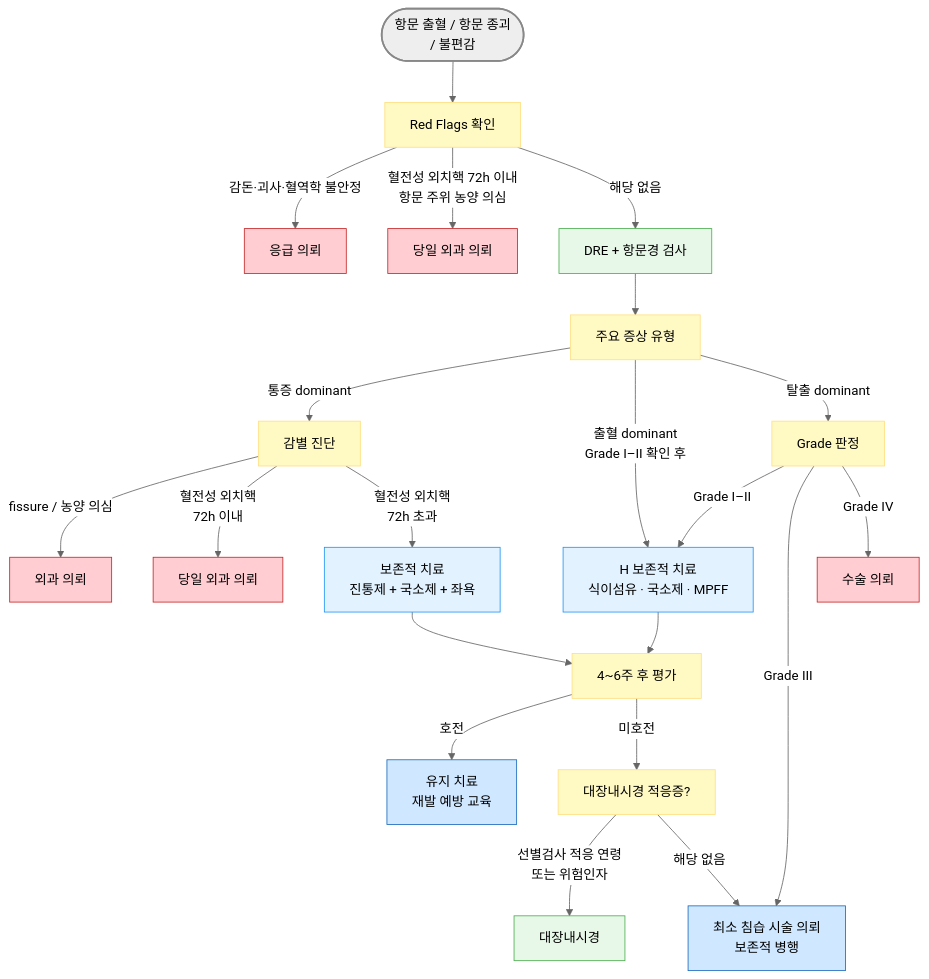
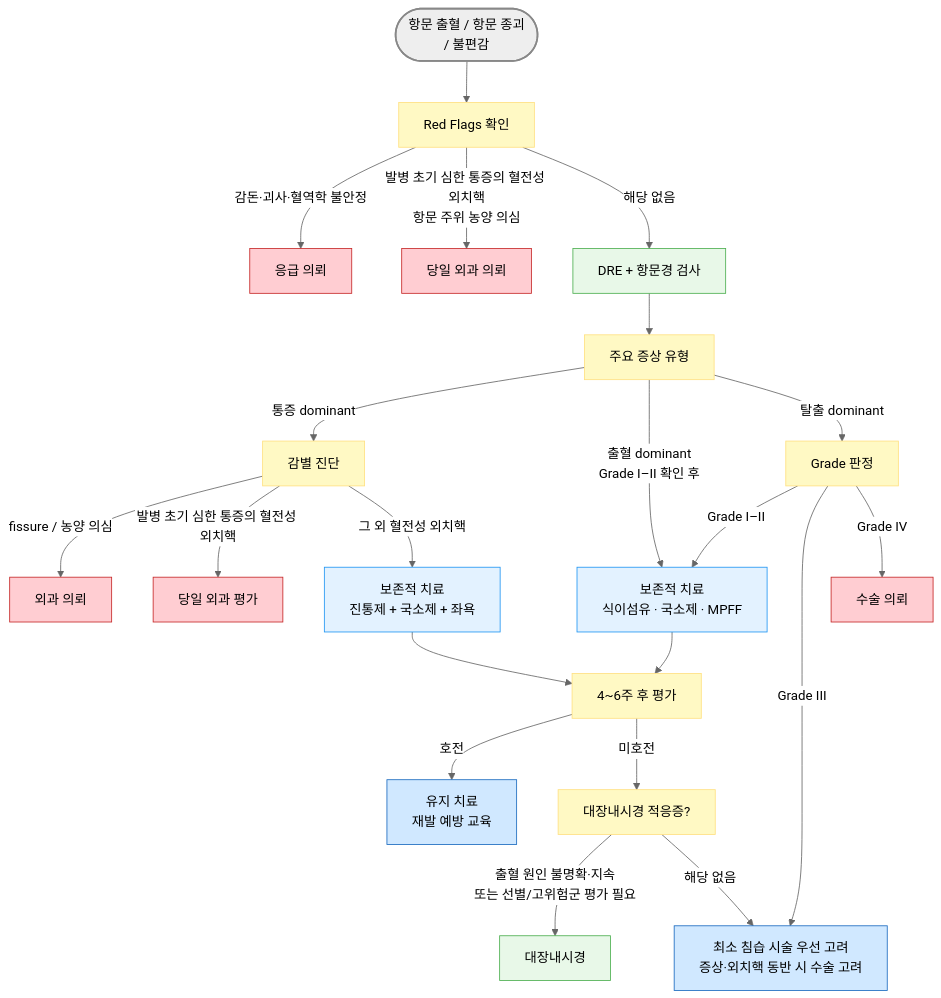
One commit to familyoh77/familyoh77 changed the diagram in 224_/089_-hemorrhoid.md. Above: the diagram before and after it, drawn with Mermaid (neutral theme). The commit also changed other lines of this file and 4 other files, not shown here.

````diff
--- a/224_/089_-hemorrhoid.md
+++ b/224_/089_-hemorrhoid.md
@@ -79,34 +79,34 @@
 ```mermaid
 graph TD
     A([항문 출혈 / 항문 종괴 <br/>/ 불편감]) --> B[Red Flags 확인]
     B -->|감돈·괴사·혈역학 불안정| C[응급 의뢰]
-    B -->|혈전성 외치핵 72h 이내<br/>항문 주위 농양 의심| X[당일 외과 의뢰]
+    B -->|발병 초기 심한 통증의 혈전성 외치핵<br/>항문 주위 농양 의심| X[당일 외과 의뢰]
     B -->|해당 없음| E[DRE + 항문경 검사]
     E --> P[주요 증상 유형]
     P -->|통증 dominant| Q[감별 진단]
     P -->|출혈 dominant<br/>Grade I–II 확인 후| H
     P -->|탈출 dominant| F[Grade 판정]
     Q -->|fissure / 농양 의심| S[외과 의뢰]
-    Q -->|혈전성 외치핵 <br/>72h 이내| D[당일 외과 의뢰]
-    Q -->|혈전성 외치핵<br/>72h 초과| G[보존적 치료<br/>진통제 + 국소제 + 좌욕]
+    Q -->|발병 초기 심한 통증의 혈전성 외치핵| D[당일 외과 평가]
+    Q -->|그 외 혈전성 외치핵| G[보존적 치료<br/>진통제 + 국소제 + 좌욕]
     G --> K[4~6주 후 평가]
-    F -->|Grade I–II| H[H 보존적 치료<br/>식이섬유 · 국소제 · MPFF]
-    F -->|Grade III| I[최소 침습 시술 의뢰<br/>보존적 병행]
+    F -->|Grade I–II| H[보존적 치료<br/>식이섬유 · 국소제 · MPFF]
+    F -->|Grade III| I[최소 침습 시술 우선 고려<br/>증상·외치핵 동반 시 수술 고려]
     F -->|Grade IV| J[수술 의뢰]
     H --> K
     K -->|호전| L[유지 치료<br/>재발 예방 교육]
     K -->|미호전| M[대장내시경 적응증?]
-    M -->|선별검사 적응 연령<br/>또는 위험인자| N[대장내시경]
+    M -->|출혈 원인 불명확·지속<br/>또는 선별/고위험군 평가 필요| N[대장내시경]
     M -->|해당 없음| I
 style A fill:#eeeeee,stroke:#888888,stroke-width:2px
 classDef yellow fill:#fff9c4,stroke:#ffe082
 class B,P,Q,F,K,M yellow
 classDef L_red fill:#ffcdd2,stroke:#c62828
 class C,D,S,J,X L_red
 classDef sky fill:#e3f2ff,stroke:#2196f3
 class G,H sky
 classDef blue fill:#d0e8ff,stroke:#1a6abf
 class L,I blue
 classDef lightGreen fill:#e8f8e8,stroke:#4caf50
 class E,N lightGreen
 ```
````
